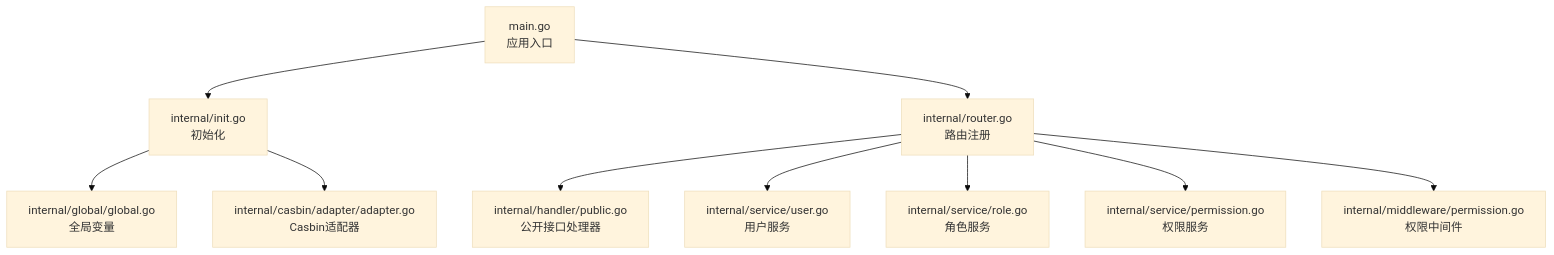
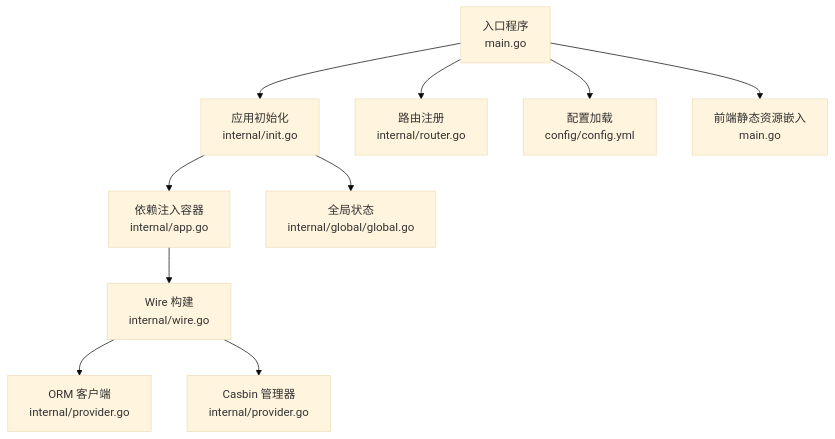
One commit to wuwuseo/e-sports-go-admin changed the first of 7 diagrams in .qoder/repowiki/zh/content/快速开始.md. Above: the diagram before and after it, drawn with Mermaid (base theme). The commit also changed other lines of this file and 141 other files, not shown here.

````diff
--- a/.qoder/repowiki/zh/content/快速开始.md
+++ b/.qoder/repowiki/zh/content/快速开始.md
@@ -52,12 +42,12 @@
 ```mermaid
 graph TB
-A["main.go<br/>应用入口"] --> B["internal/init.go<br/>初始化"]
-A --> C["internal/router.go<br/>路由注册"]
-B --> D["internal/global/global.go<br/>全局变量"]
-B --> E["internal/casbin/adapter/adapter.go<br/>Casbin适配器"]
-C --> F["internal/handler/public.go<br/>公开接口处理器"]
-C --> G["internal/service/user.go<br/>用户服务"]
-C --> H["internal/service/role.go<br/>角色服务"]
-C --> I["internal/service/permission.go<br/>权限服务"]
-C --> J["internal/middleware/permission.go<br/>权限中间件"]
+A["入口程序<br/>main.go"] --> B["应用初始化<br/>internal/init.go"]
+A --> C["路由注册<br/>internal/router.go"]
+A --> D["配置加载<br/>config/config.yml"]
+B --> E["依赖注入容器<br/>internal/app.go"]
+E --> F["Wire 构建<br/>internal/wire.go"]
+F --> G["ORM 客户端<br/>internal/provider.go"]
+F --> H["Casbin 管理器<br/>internal/provider.go"]
+B --> I["全局状态<br/>internal/global/global.go"]
+A --> J["前端静态资源嵌入<br/>main.go"]
 ```
````
